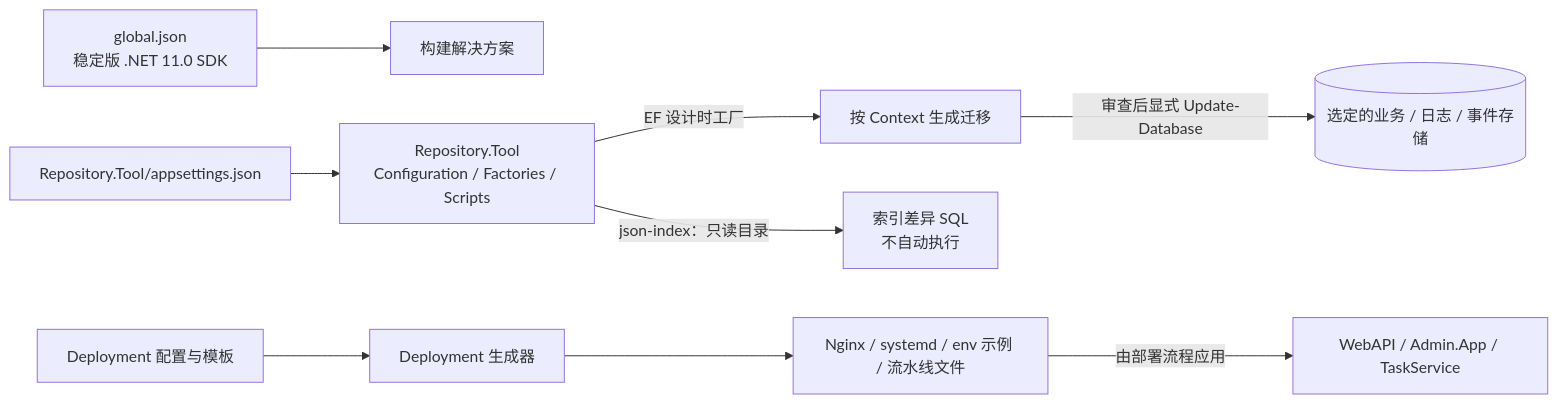
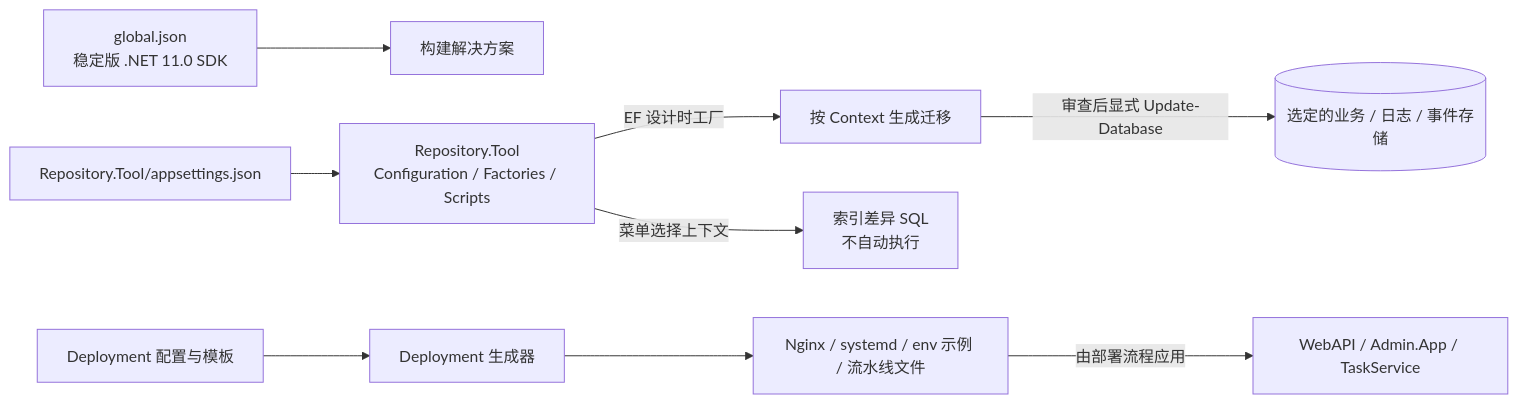
Diagram 12 of 12 in Docs/ArchitectureDiagrams.md (dashiell-zhang/NetEngine), drawn with Mermaid before and after one commit. The commit also changed 10 other files, not shown here.

Commit message:
pert: 优化 Repository.Tool 的 json 差异对比启动方式

````diff
--- a/Docs/ArchitectureDiagrams.md
+++ b/Docs/ArchitectureDiagrams.md
@@ -320,11 +320,11 @@
 ```mermaid
 flowchart LR
     SDK["global.json<br/>稳定版 .NET 11.0 SDK"] --> Build["构建解决方案"]
     Config["Repository.Tool/appsettings.json"] --> Tool["Repository.Tool<br/>Configuration / Factories / Scripts"]
     Tool -->|EF 设计时工厂| Migrations["按 Context 生成迁移"]
     Migrations -->|审查后显式 Update-Database| Database[("选定的业务 / 日志 / 事件存储")]
-    Tool -->|json-index：只读目录| IndexDiff["索引差异 SQL<br/>不自动执行"]
+    Tool -->|菜单选择上下文| IndexDiff["索引差异 SQL<br/>不自动执行"]
     DeployInput["Deployment 配置与模板"] --> Deploy["Deployment 生成器"]
     Deploy --> Files["Nginx / systemd / env 示例 / 流水线文件"]
     Files -->|由部署流程应用| Hosts["WebAPI / Admin.App / TaskService"]
 ```
````
